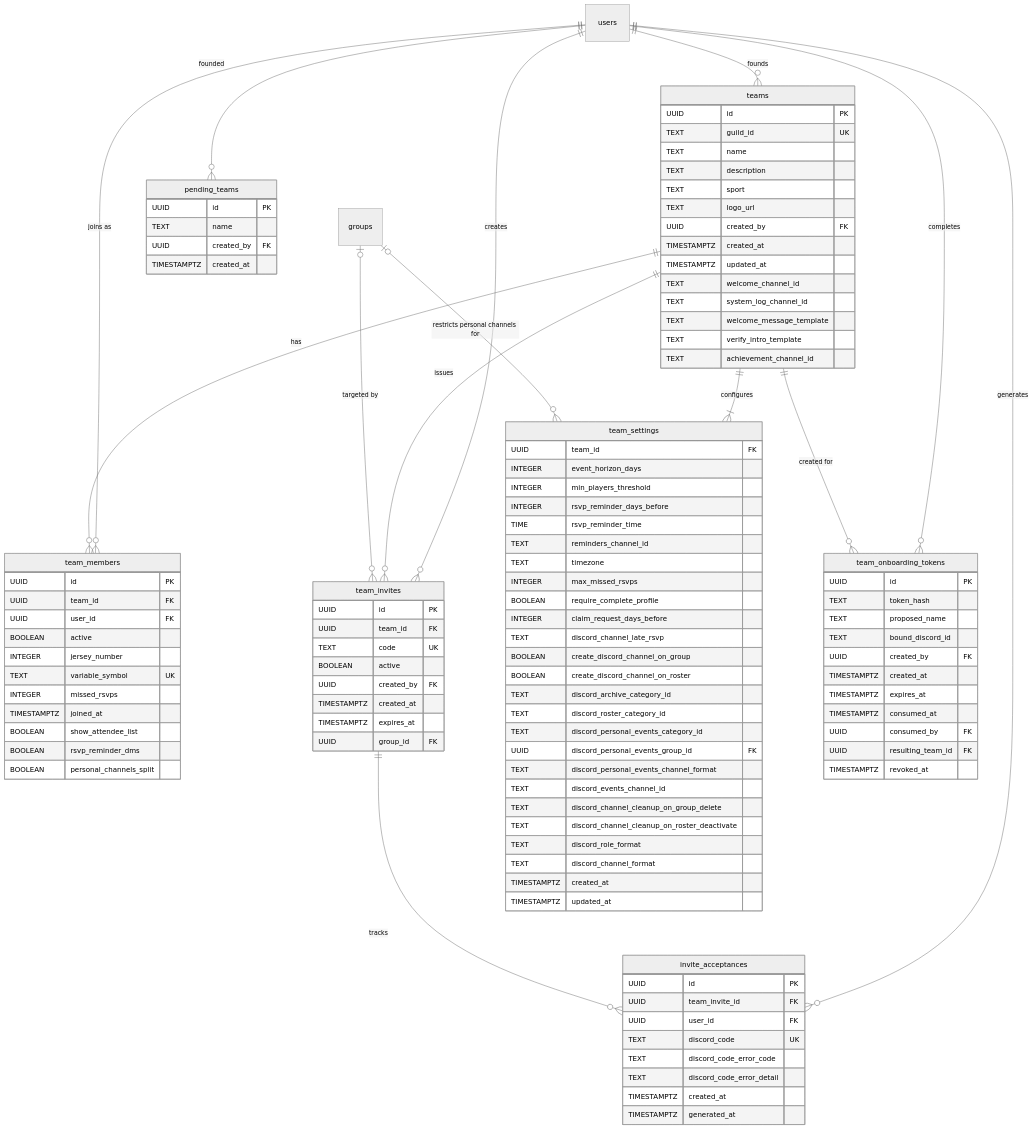
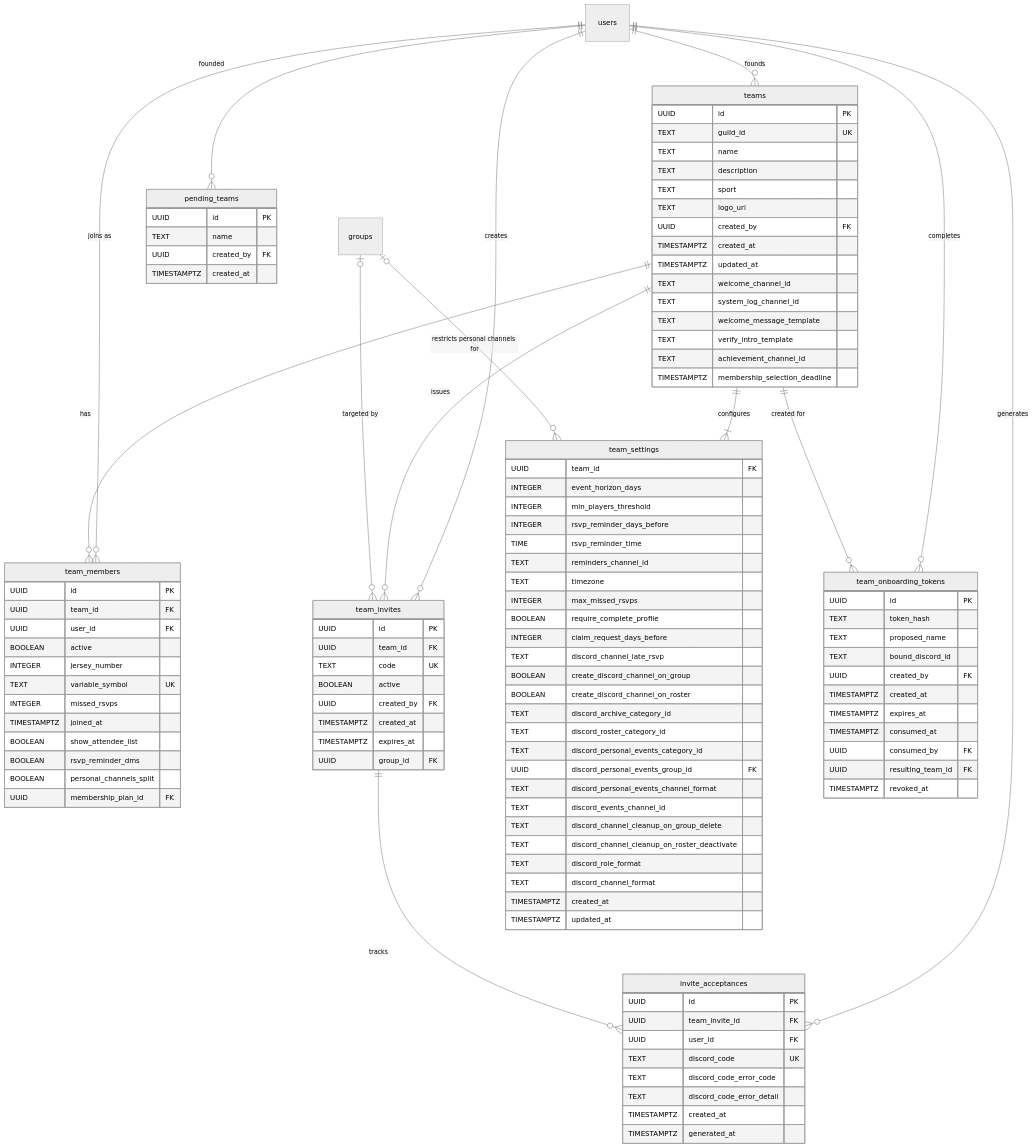
One commit to sideline-cz/sideline changed the third of 23 diagrams in docs/thesis/er-diagram.md. Above: the diagram before and after it, drawn with Mermaid (neutral theme). The commit also changed other lines of this file and 20 other files, not shown here.

First line of the commit message:
feat(memberships): let members pick their membership plan (#730)

```diff
--- a/docs/thesis/er-diagram.md
+++ b/docs/thesis/er-diagram.md
@@ -250,6 +251,7 @@
         TEXT welcome_message_template
         TEXT verify_intro_template
         TEXT achievement_channel_id
+        TIMESTAMPTZ membership_selection_deadline
     }
 
     team_members {
@@ -264,6 +266,7 @@
         BOOLEAN show_attendee_list
         BOOLEAN rsvp_reminder_dms
         BOOLEAN personal_channels_split
+        UUID membership_plan_id FK
     }
 
     team_invites {
```
